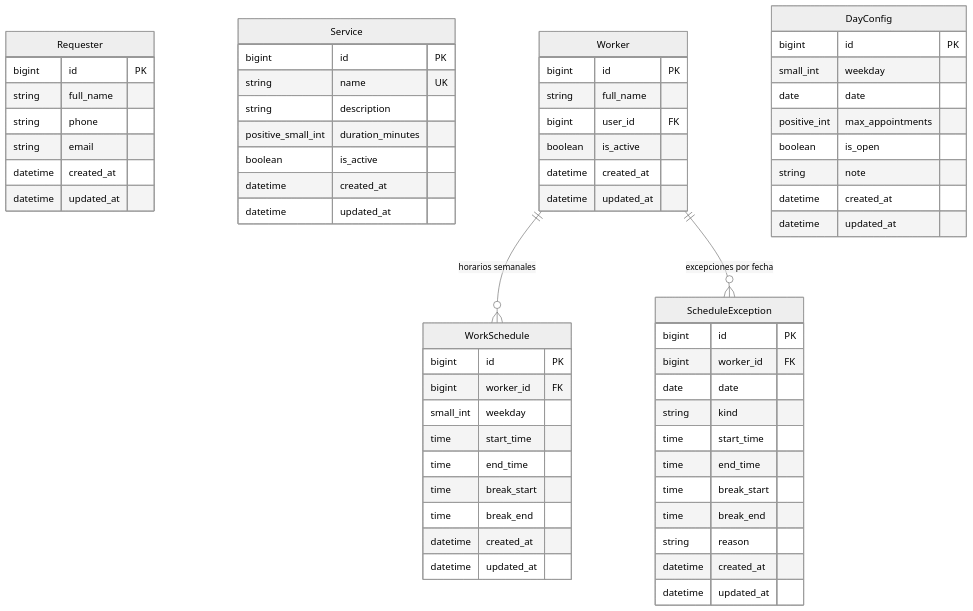
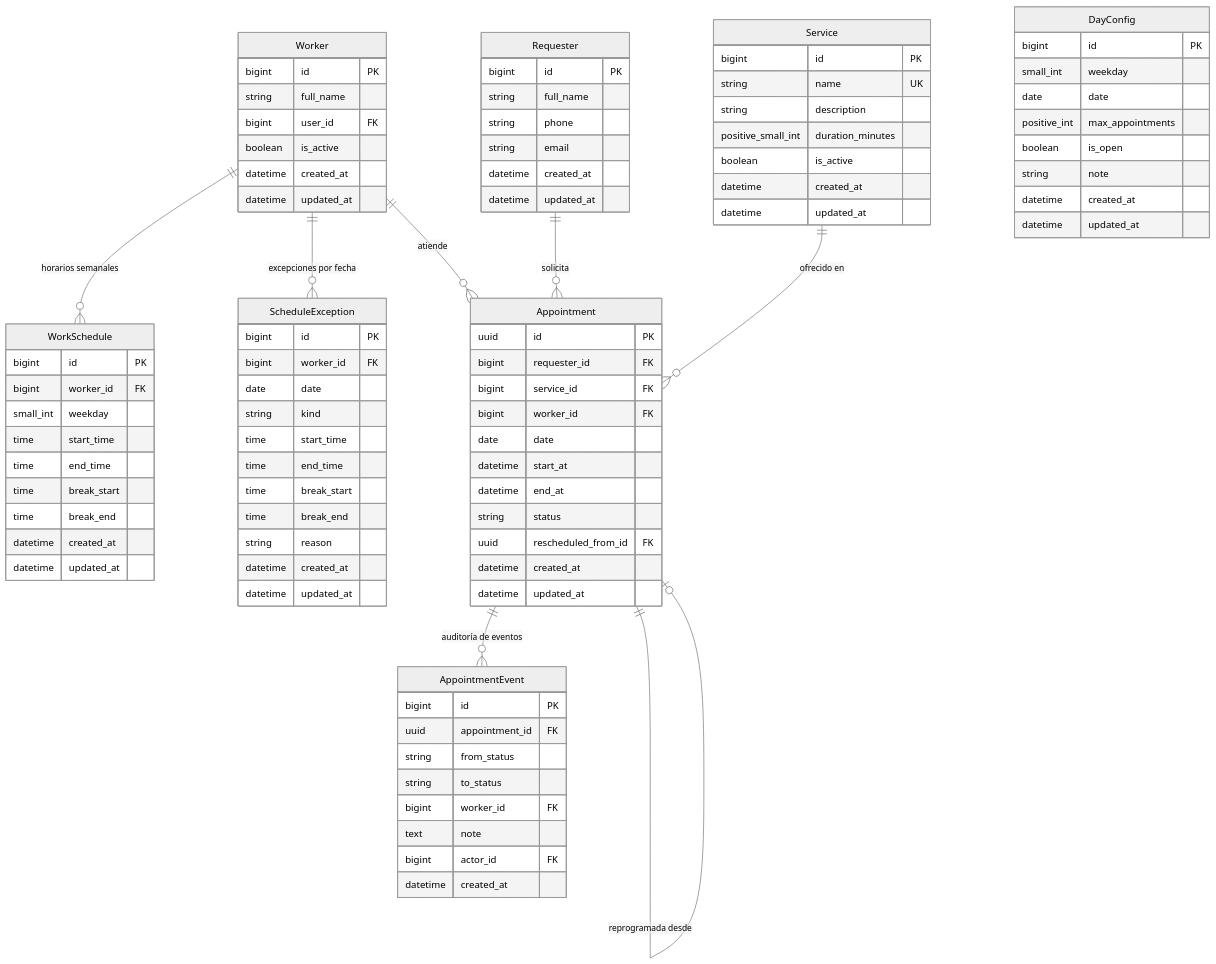
One commit to raulanto/gestor-citas changed the diagram in README.md. Above: the diagram before and after it, drawn with Mermaid (neutral theme). The commit also changed other lines of this file and 36 other files, not shown here.

````diff
--- a/README.md
+++ b/README.md
@@ -93,6 +94,36 @@
         datetime updated_at
     }
 
+    Appointment {
+        uuid id PK
+        bigint requester_id FK
+        bigint service_id FK
+        bigint worker_id FK
+        date date
+        datetime start_at
+        datetime end_at
+        string status
+        uuid rescheduled_from_id FK
+        datetime created_at
+        datetime updated_at
+    }
+
+    AppointmentEvent {
+        bigint id PK
+        uuid appointment_id FK
+        string from_status
+        string to_status
+        bigint worker_id FK
+        text note
+        bigint actor_id FK
+        datetime created_at
+    }
+
     Worker ||--o{ WorkSchedule : "horarios semanales"
     Worker ||--o{ ScheduleException : "excepciones por fecha"
+    Requester ||--o{ Appointment : "solicita"
+    Service ||--o{ Appointment : "ofrecido en"
+    Worker ||--o{ Appointment : "atiende"
+    Appointment ||--o{ AppointmentEvent : "auditoría de eventos"
+    Appointment ||--o| Appointment : "reprogramada desde"
 ```
````
